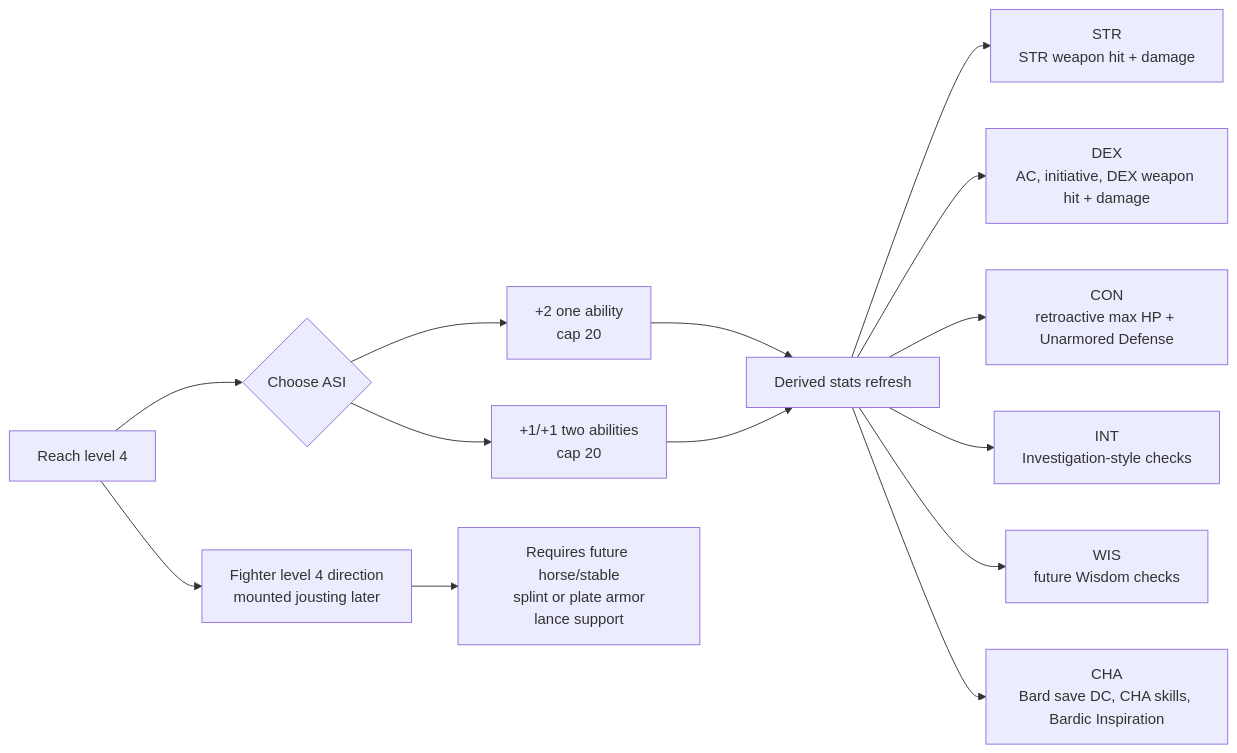
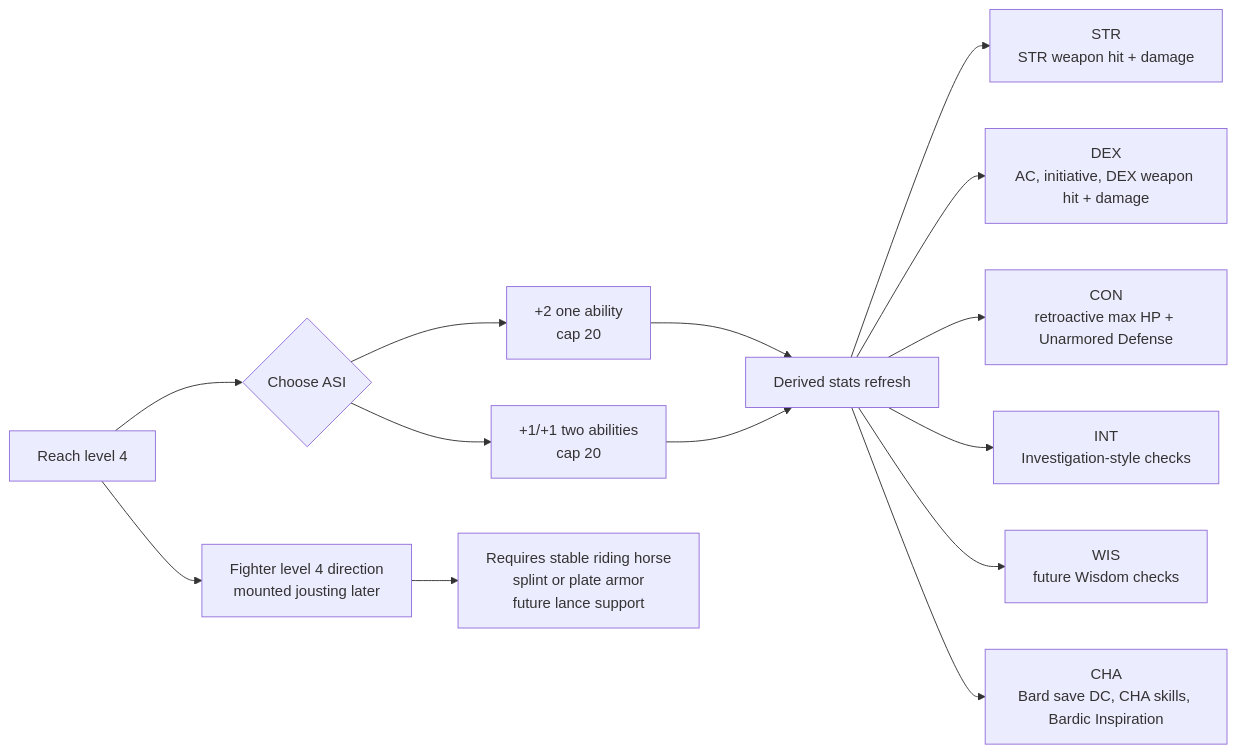
The second of 2 diagrams in docs/visual-combat-and-leveling.md (JesperYH24/dnd-git-adventure), drawn with Mermaid before and after one commit. The commit also changed 15 other files, not shown here.

````diff
--- a/docs/visual-combat-and-leveling.md
+++ b/docs/visual-combat-and-leveling.md
@@ -33,18 +33,18 @@
 ```mermaid
 flowchart LR
     Level4["Reach level 4"] --> ASIChoice{"Choose ASI"}
     ASIChoice --> PlusTwo["+2 one ability\ncap 20"]
     ASIChoice --> Split["+1/+1 two abilities\ncap 20"]
 
     PlusTwo --> Derived["Derived stats refresh"]
     Split --> Derived
 
     Derived --> STR["STR\nSTR weapon hit + damage"]
     Derived --> DEX["DEX\nAC, initiative, DEX weapon hit + damage"]
     Derived --> CON["CON\nretroactive max HP + Unarmored Defense"]
     Derived --> INT["INT\nInvestigation-style checks"]
     Derived --> WIS["WIS\nfuture Wisdom checks"]
     Derived --> CHA["CHA\nBard save DC, CHA skills, Bardic Inspiration"]
     Level4 --> FighterJoust["Fighter level 4 direction\nmounted jousting later"]
-    FighterJoust --> JoustReq["Requires future horse/stable\nsplint or plate armor\nlance support"]
+    FighterJoust --> JoustReq["Requires stable riding horse\nsplint or plate armor\nfuture lance support"]
 ```
````
